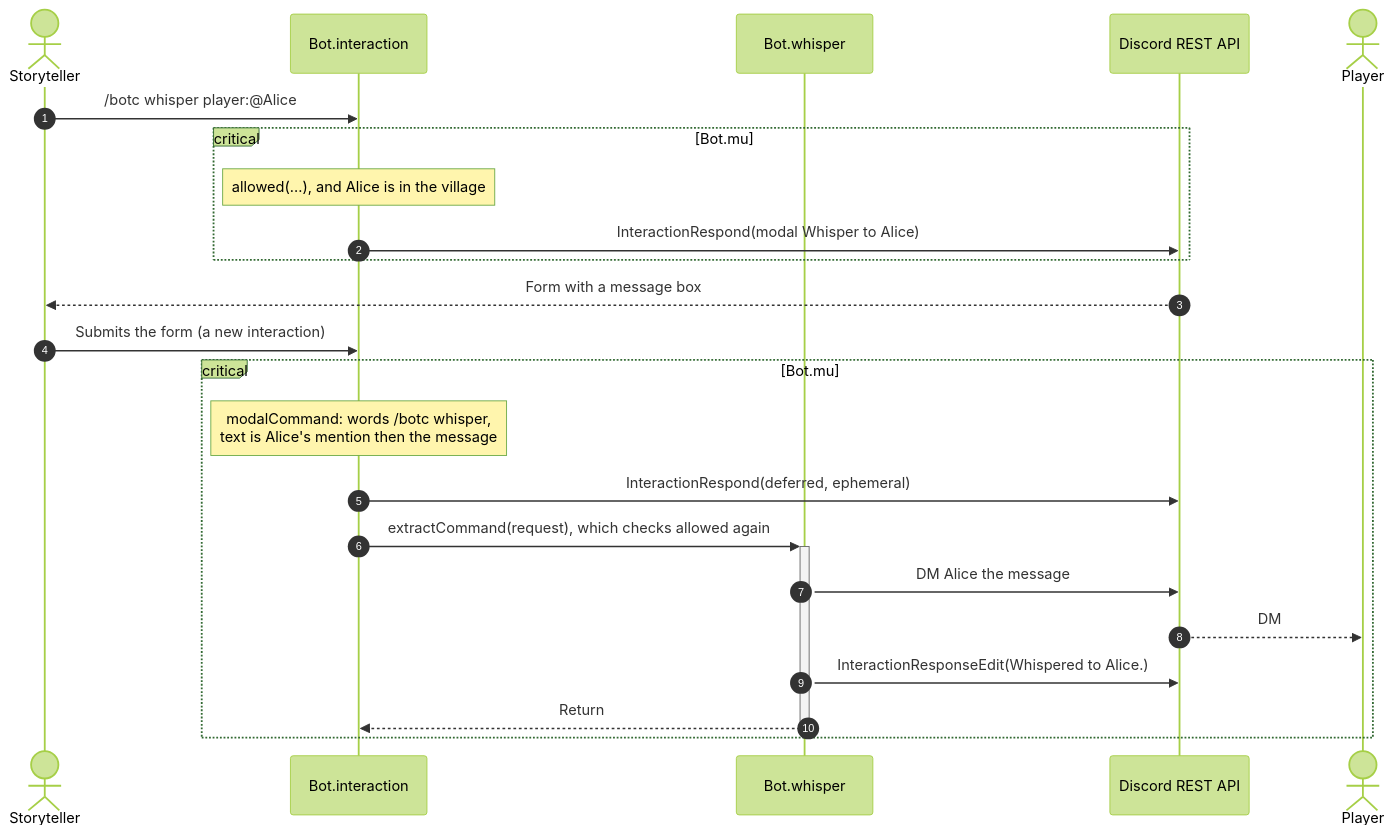
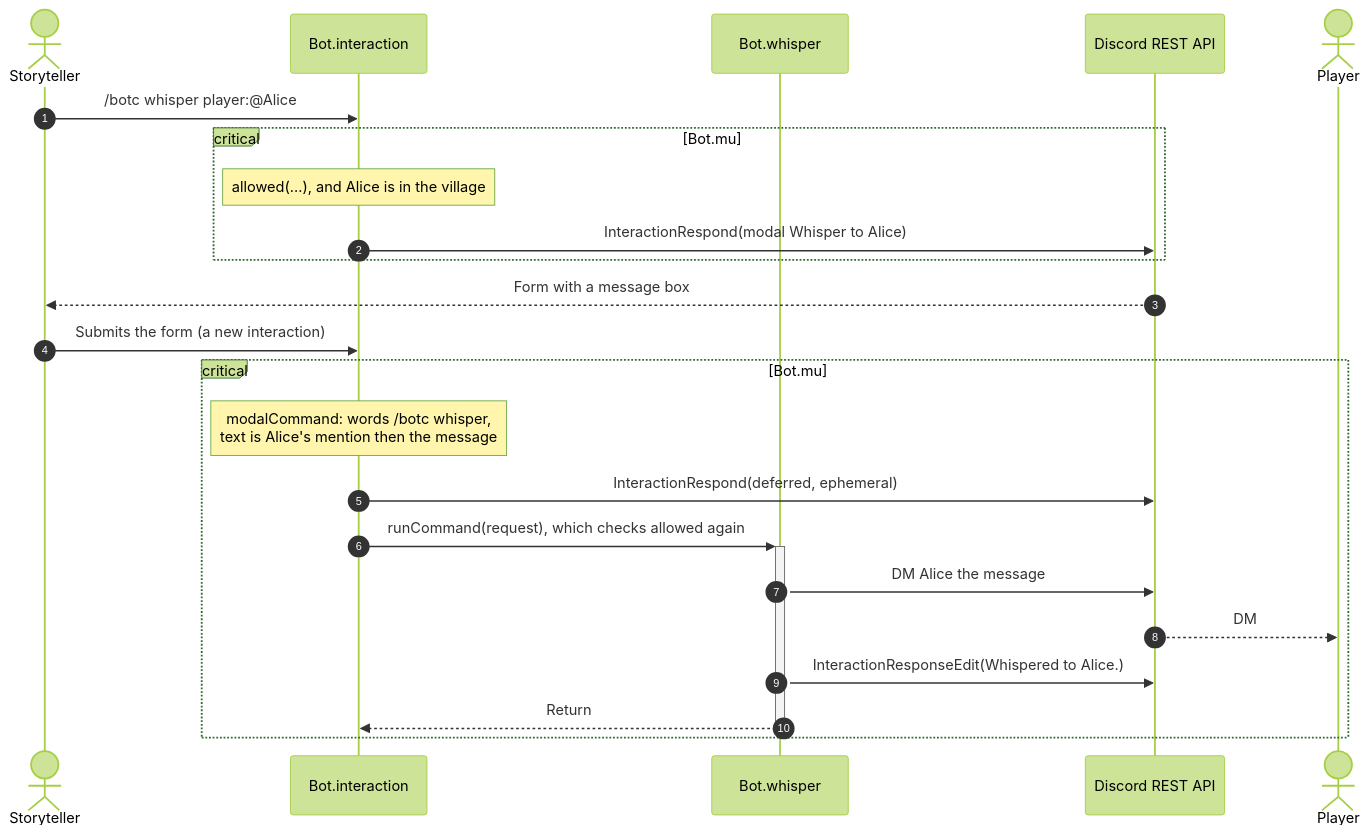
Before and after one commit to RAGNOARAKNOS/BotOnTheClocktower: the fifth of 6 diagrams in docs/uml/command-dispatch.md, drawn with Mermaid (forest theme). The commit also changed other lines of this file and 33 other files, not shown here.

````diff
--- a/docs/uml/command-dispatch.md
+++ b/docs/uml/command-dispatch.md
@@ -165,26 +165,26 @@
 ```mermaid
 sequenceDiagram
     autonumber
     actor ST as Storyteller
     participant Bot as Bot.interaction
     participant Handler as Bot.whisper
     participant REST as Discord REST API
     actor Player
 
     ST->>Bot: /botc whisper player:@Alice
     critical Bot.mu
         Note over Bot: allowed(...), and Alice is in the village
         Bot->>REST: InteractionRespond(modal Whisper to Alice)
     end
     REST-->>ST: Form with a message box
     ST->>Bot: Submits the form (a new interaction)
     critical Bot.mu
         Note over Bot: modalCommand: words /botc whisper,<br/>text is Alice's mention then the message
         Bot->>REST: InteractionRespond(deferred, ephemeral)
-        Bot->>+Handler: extractCommand(request), which checks allowed again
+        Bot->>+Handler: runCommand(request), which checks allowed again
         Handler->>REST: DM Alice the message
         REST-->>Player: DM
         Handler->>REST: InteractionResponseEdit(Whispered to Alice.)
         Handler-->>-Bot: Return
     end
 ```
````
